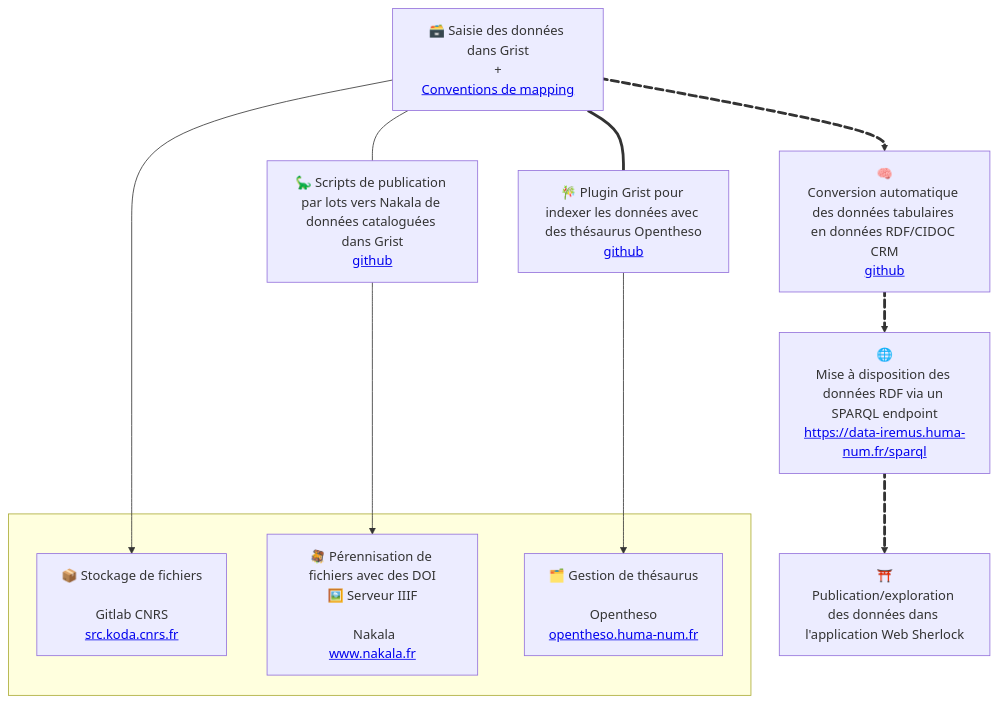
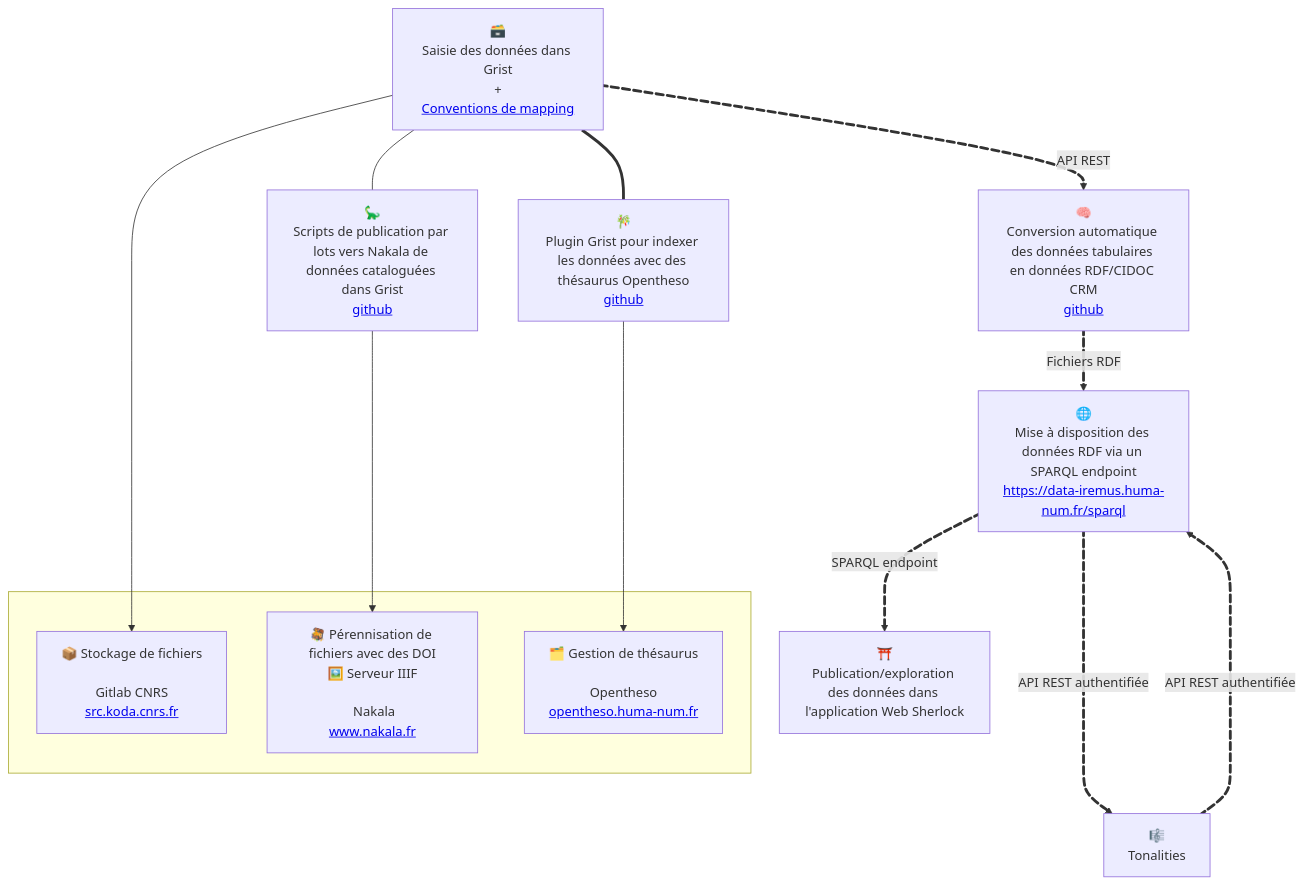
The diagram in README.md (sherlock-iremus/sherlock), drawn with Mermaid before and after one commit.

````diff
--- a/README.md
+++ b/README.md
@@ -48,29 +48,34 @@
 ```mermaid
     flowchart TB
     
     subgraph  
     koda[📦 Stockage de fichiers<br><br>Gitlab CNRS<br><a href="https://src.koda.cnrs.fr/">src.koda.cnrs.fr</a>]
     nakala[🪎 Pérennisation de fichiers avec des DOI<br>🖼️ Serveur IIIF<br><br> Nakala<br><a href="https://www.nakala.fr/">www.nakala.fr</a>]
     hnot[🗂️ Gestion de thésaurus<br><br>Opentheso<br><a href="https://opentheso.huma-num.fr/">opentheso.huma-num.fr</a>]
     end
     
-    grist[🗃️ Saisie des données dans Grist<br>+<br><a href="https://github.com/sherlock-iremus/sherlock-grist-to-crm/blob/main/doc/mapping.md">Conventions de mapping</a>]
+    grist[🗃️<br>Saisie des données dans Grist<br>+<br><a href="https://github.com/sherlock-iremus/sherlock-grist-to-crm/blob/main/doc/mapping.md">Conventions de mapping</a>]
+    sdnakala[🦕<br>Scripts de publication par lots vers Nakala de données cataloguées dans Grist<br><a href="https://github.com/sherlock-iremus/sherlock-deno">github</a>]
+    gop[🎋<br>Plugin Grist pour indexer les données avec des thésaurus Opentheso<br><a href="https://github.com/sherlock-iremus/sherlock-grist-opentheso-plugin">github</a>]
     scripts[🧠<br>Conversion automatique des données tabulaires en données RDF/CIDOC CRM<br><a href="https://github.com/sherlock-iremus/sherlock-grist-to-crm">github</a>]
     sparql[🌐<br>Mise à disposition des données RDF via un SPARQL endpoint<br><a href="https://data-iremus.huma-num.fr/sparql">https://data-iremus.huma-num.fr/sparql</a>]
     sherlock[⛩️<br>Publication/exploration des données dans l'application Web Sherlock]
-    gop[🎋 Plugin Grist pour indexer les données avec des thésaurus Opentheso<br><a href="https://github.com/sherlock-iremus/sherlock-grist-opentheso-plugin">github</a>]
-    sdnakala[🦕 Scripts de publication par lots vers Nakala de données cataloguées dans Grist<br><a href="https://github.com/sherlock-iremus/sherlock-deno">github</a>]
+    tonalities[🎼<br>Tonalities]
 
-    grist e1@==> scripts
-    scripts e2@==> sparql
-    sparql e3@==> sherlock
+    grist e1@==>|API REST| scripts
+    scripts e2@==>|Fichiers RDF| sparql
+    sparql e3@==>|SPARQL endpoint| sherlock
+    sparql e4@===>|API REST authentifiée| tonalities 
+    tonalities e5@===>|API REST authentifiée| sparql
 
 
-e1@{ animate: true }
+    e1@{ animate: true }
     e2@{ animate: true }
     e3@{ animate: true }
+    e4@{ animate: true }
+    e5@{ animate: true }
     
     grist ---> koda
     grist === gop ---> hnot
     grist --- sdnakala ---> nakala
 ```
````
